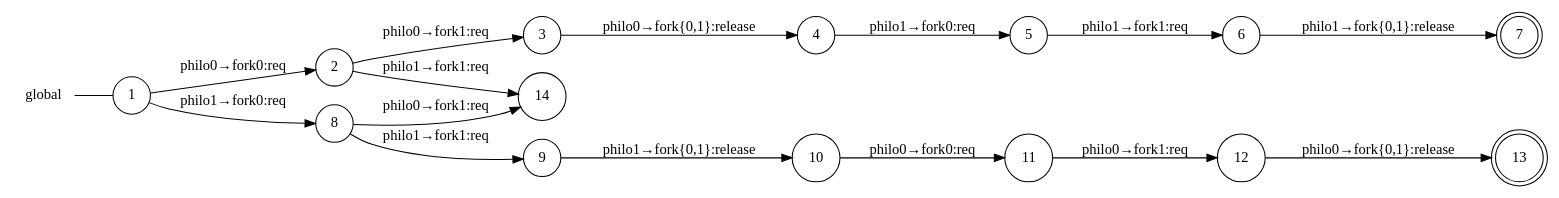
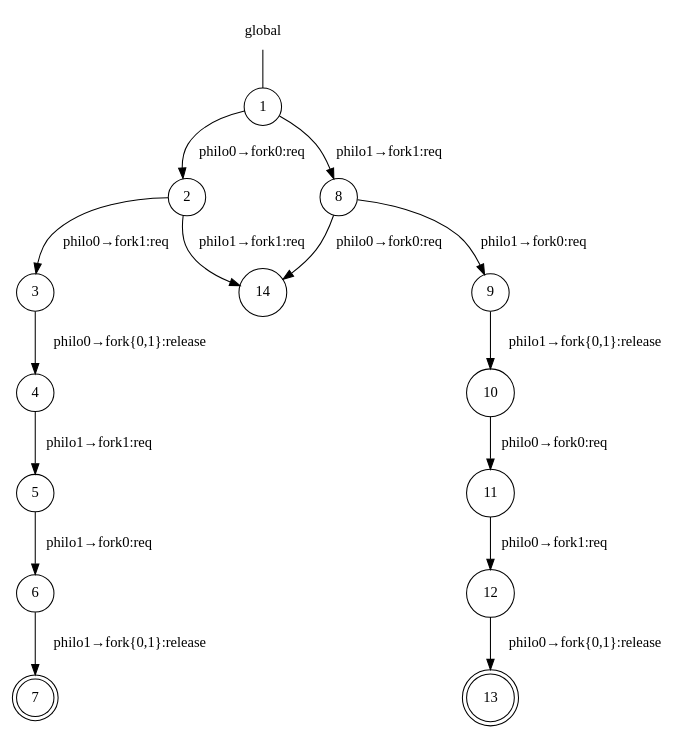
One commit to gabrielegenovese/chorer changed the diagram in examples/paper_example/deadlock/compact_gv.dot. Above: the diagram before and after it, drawn with Graphviz.

```diff
--- a/examples/paper_example/deadlock/compact_gv.dot
+++ b/examples/paper_example/deadlock/compact_gv.dot
@@ -1,36 +1,35 @@
 digraph global {
-	rankdir="LR";
 	n_0 [label="global", shape="plaintext"];
 	n_1 [id="1", shape=circle, label="1"];
 	n_0 -> n_1 [arrowhead=none];
 	n_2 [shape=circle, label="2"]
 	n_3 [shape=circle, label="3"]
 	n_4 [shape=circle, label="4"]
 	n_5 [shape=circle, label="5"]
 	n_6 [shape=circle, label="6"]
 	n_7 [shape=doublecircle, label="7"]
 	n_8 [shape=circle, label="8"]
 	n_9 [shape=circle, label="9"]
 	n_10 [shape=circle, label="10"]
 	n_11 [shape=circle, label="11"]
 	n_12 [shape=circle, label="12"]
 	n_13 [shape=doublecircle, label="13"]
 	n_14 [shape=circle, label="14"]
 	
 	n_1 -> n_2 [label="philo0→fork0:req"];
 	n_2 -> n_3 [label="philo0→fork1:req"];
 	n_3 -> n_4 [label="philo0→fork{0,1}:release"];
-	n_4 -> n_5 [label="philo1→fork0:req"];
-	n_5 -> n_6 [label="philo1→fork1:req"];
+	n_4 -> n_5 [label="philo1→fork1:req"];
+	n_5 -> n_6 [label="philo1→fork0:req"];
 	n_6 -> n_7 [label="philo1→fork{0,1}:release"];
 	
-	n_1 -> n_8 [label="philo1→fork0:req"];
-	n_8 -> n_9 [label="philo1→fork1:req"];
+	n_1 -> n_8 [label="philo1→fork1:req"];
+	n_8 -> n_9 [label="philo1→fork0:req"];
 	n_9 -> n_10 [label="philo1→fork{0,1}:release"];
 	n_10 -> n_11 [label="philo0→fork0:req"];
 	n_11 -> n_12 [label="philo0→fork1:req"];
 	n_12 -> n_13 [label="philo0→fork{0,1}:release"];
 	
 	n_2 -> n_14 [label="philo1→fork1:req"];
-	n_8 -> n_14 [label="philo0→fork1:req"];
+	n_8 -> n_14 [label="philo0→fork0:req"];
 }
```
